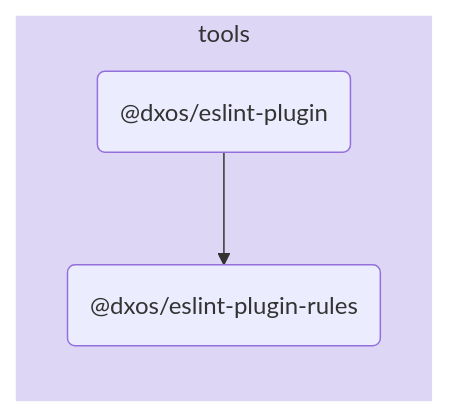
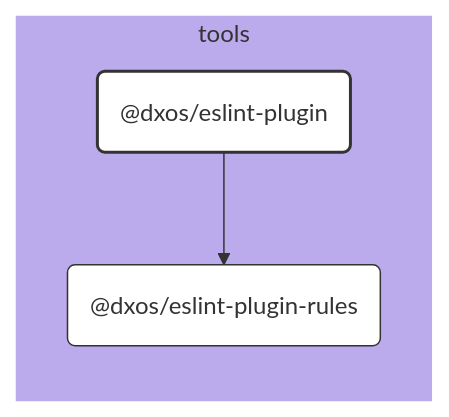
One commit to dxos/dxos changed the diagram in tools/eslint-plugin/docs/README.md. Above: the diagram before and after it, drawn with Mermaid. The commit also changed other lines of this file and 109 other files, not shown here.

````diff
--- a/tools/eslint-plugin/docs/README.md
+++ b/tools/eslint-plugin/docs/README.md
@@ -5,11 +7,29 @@
 ```mermaid
-flowchart LR;
+%%{ init: {'flowchart':{'curve':'basis'}} }%%
 
+flowchart LR
+
+%% Links
+dxos/eslint-plugin --> dxos/eslint-plugin-rules;
+
+%% Sections
 subgraph tools
-  style tools fill:#ded6f5,stroke:#fff;
-  dxos/eslint-plugin("@dxos/eslint-plugin");
-  dxos/eslint-plugin-rules("@dxos/eslint-plugin-rules");
+  style tools fill:#bbabed,stroke:#fff;
+
+  dxos/eslint-plugin("@dxos/eslint-plugin")
+  dxos/eslint-plugin-rules("@dxos/eslint-plugin-rules")
 end
 
-dxos/eslint-plugin --> dxos/eslint-plugin-rules;
+
+%% Hyperlinks
+click dxos/eslint-plugin-rules href "https:/github.com/dxos/dxos/tree/main/tools/eslint-rules/docs";
+
+%% Styles
+classDef rootNode fill:#fff,stroke:#333,stroke-width:2px
+classDef defaultNode fill:#fff,stroke:#333,stroke-width:1px
+linkStyle default stroke:#333,stroke-width:1px
+
+dxos/eslint-plugin:::rootNode
+
+dxos/eslint-plugin-rules:::defaultNode
 ```
````
